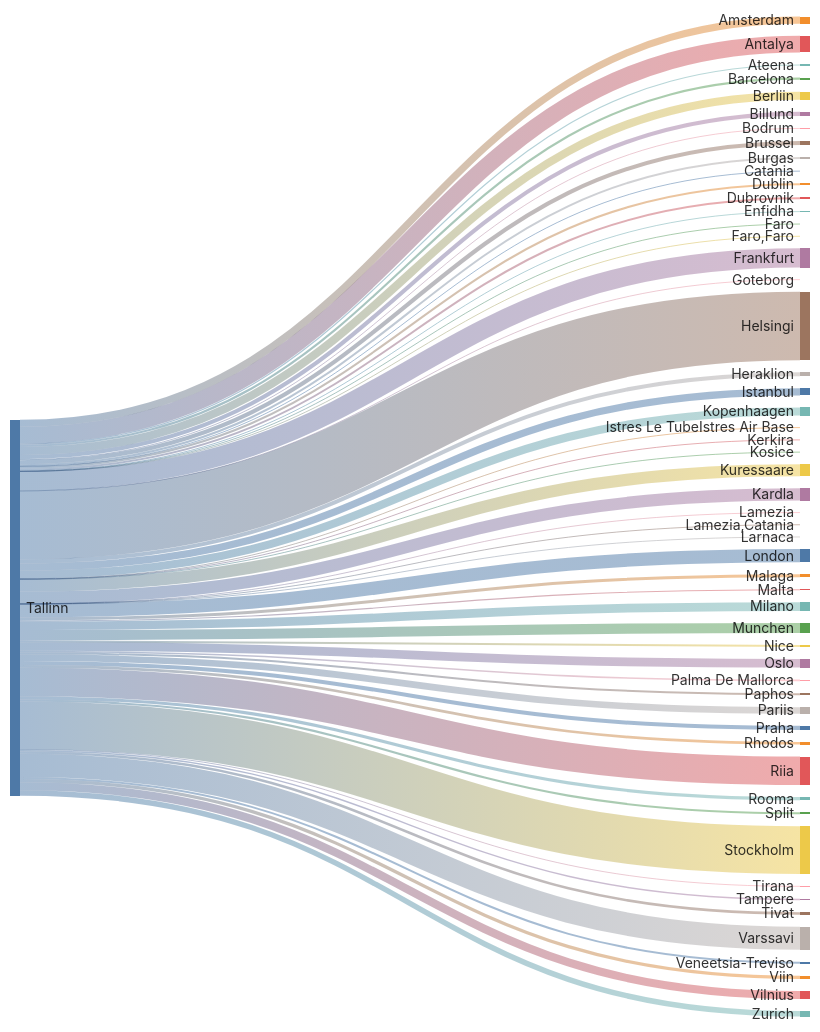
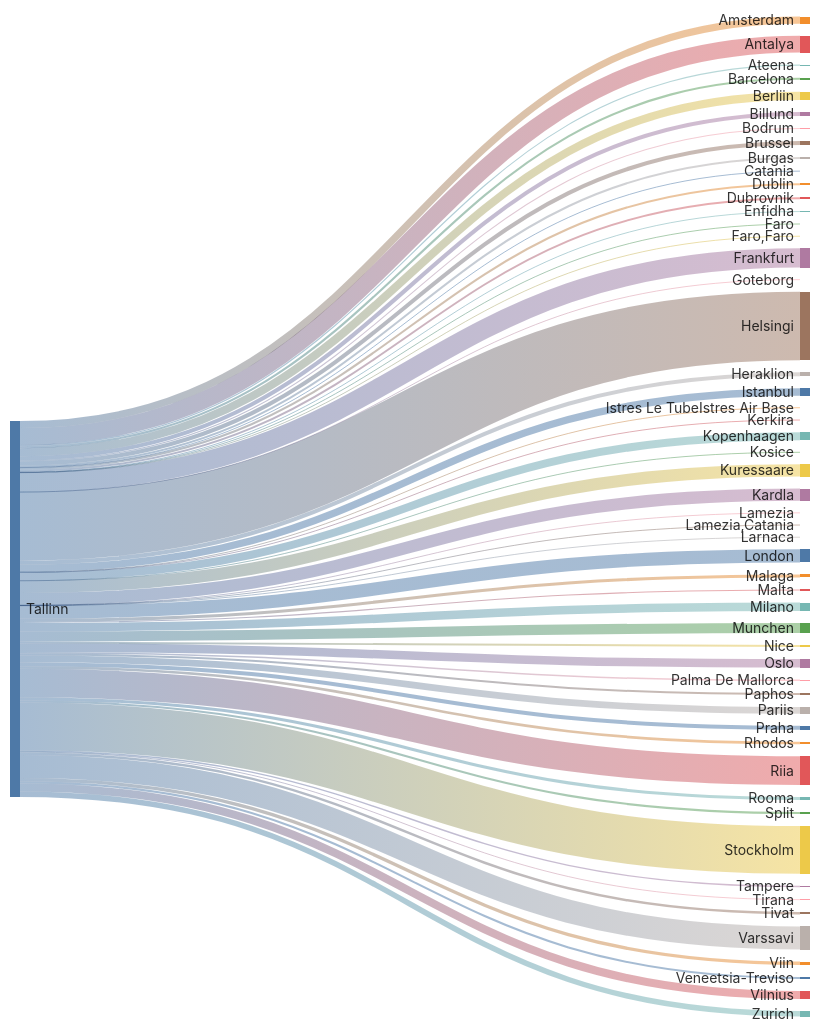
One commit to rainermesi/tll-airport-departures changed the second of 2 diagrams in README.md. Above: the diagram before and after it, drawn with Mermaid. The commit also changed other lines of this file, not shown here.

````diff
--- a/README.md
+++ b/README.md
@@ -34,66 +34,66 @@
 ```mermaid
 ---
 config:
   sankey:
     showValues: false
     width: 800
     height: 1000
 ---
 sankey-beta
 %% source,target,value
-Tallinn,Amsterdam,74
-Tallinn,Antalya,175
+Tallinn,Amsterdam,75
+Tallinn,Antalya,179
 Tallinn,Ateena,12
 Tallinn,Barcelona,22
 Tallinn,Berliin,85
 Tallinn,Billund,43
-Tallinn,Bodrum,10
+Tallinn,Bodrum,11
 Tallinn,Brussel,43
 Tallinn,Burgas,21
 Tallinn,Catania,2
 Tallinn,Dublin,22
 Tallinn,Dubrovnik,21
 Tallinn,Enfidha,5
 Tallinn,Faro,4
 Tallinn,"Faro,Faro",1
-Tallinn,Frankfurt,201
+Tallinn,Frankfurt,204
 Tallinn,Goteborg,1
-Tallinn,Helsingi,714
-Tallinn,Heraklion,42
-Tallinn,Istanbul,76
+Tallinn,Helsingi,724
+Tallinn,Heraklion,43
+Tallinn,Istanbul,77
 Tallinn,Istres Le TubeIstres Air Base,2
 Tallinn,Kerkira,4
-Tallinn,Kopenhaagen,84
+Tallinn,Kopenhaagen,85
 Tallinn,Kosice,1
-Tallinn,Kuressaare,127
-Tallinn,Kardla,127
+Tallinn,Kuressaare,129
+Tallinn,Kardla,129
 Tallinn,Lamezia,1
 Tallinn,"Lamezia,Catania",3
 Tallinn,Larnaca,1
-Tallinn,London,138
-Tallinn,Malaga,31
+Tallinn,London,139
+Tallinn,Malaga,32
 Tallinn,Malta,11
 Tallinn,Milano,90
-Tallinn,Munchen,105
+Tallinn,Munchen,106
 Tallinn,Nice,21
 Tallinn,Oslo,90
 Tallinn,Palma De Mallorca,16
 Tallinn,Paphos,21
 Tallinn,Pariis,70
 Tallinn,Praha,42
 Tallinn,Rhodos,28
-Tallinn,Riia,297
+Tallinn,Riia,301
 Tallinn,Rooma,33
 Tallinn,Split,22
-Tallinn,Stockholm,497
+Tallinn,Stockholm,504
 Tallinn,Tampere,15
 Tallinn,Tirana,8
 Tallinn,Tivat,26
-Tallinn,Varssavi,241
-Tallinn,Veneetsia-Treviso,21
-Tallinn,Viin,34
-Tallinn,Vilnius,84
-Tallinn,Zurich,57
+Tallinn,Varssavi,244
+Tallinn,Veneetsia-Treviso,22
+Tallinn,Viin,35
+Tallinn,Vilnius,85
+Tallinn,Zurich,58
 
 
 ```
````
